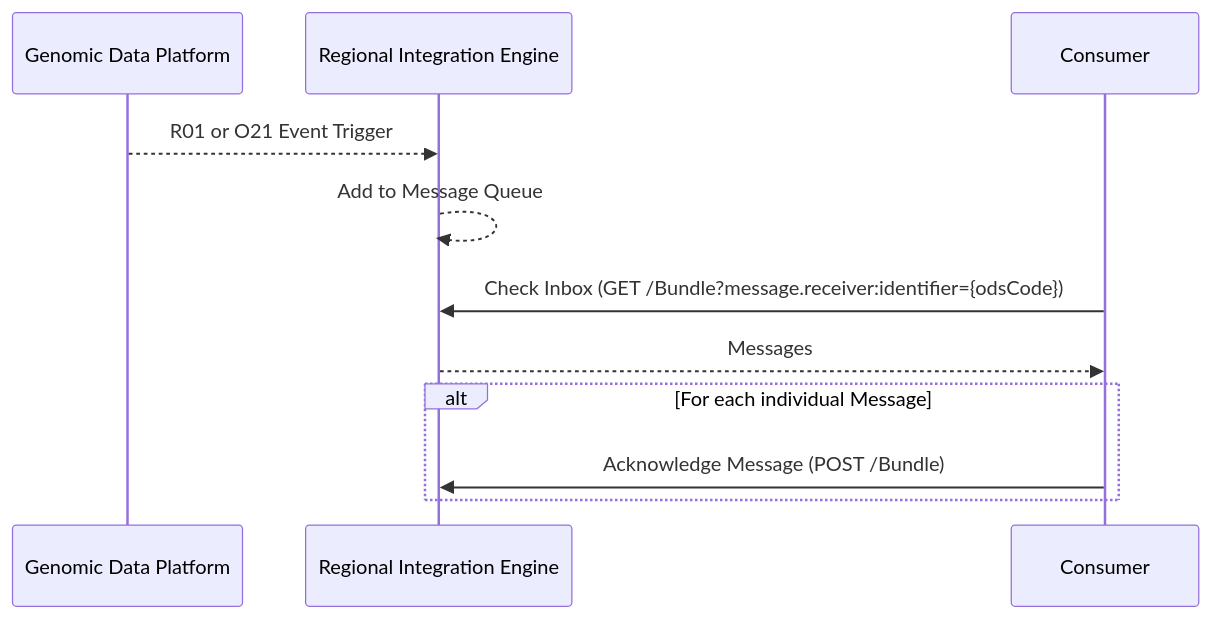
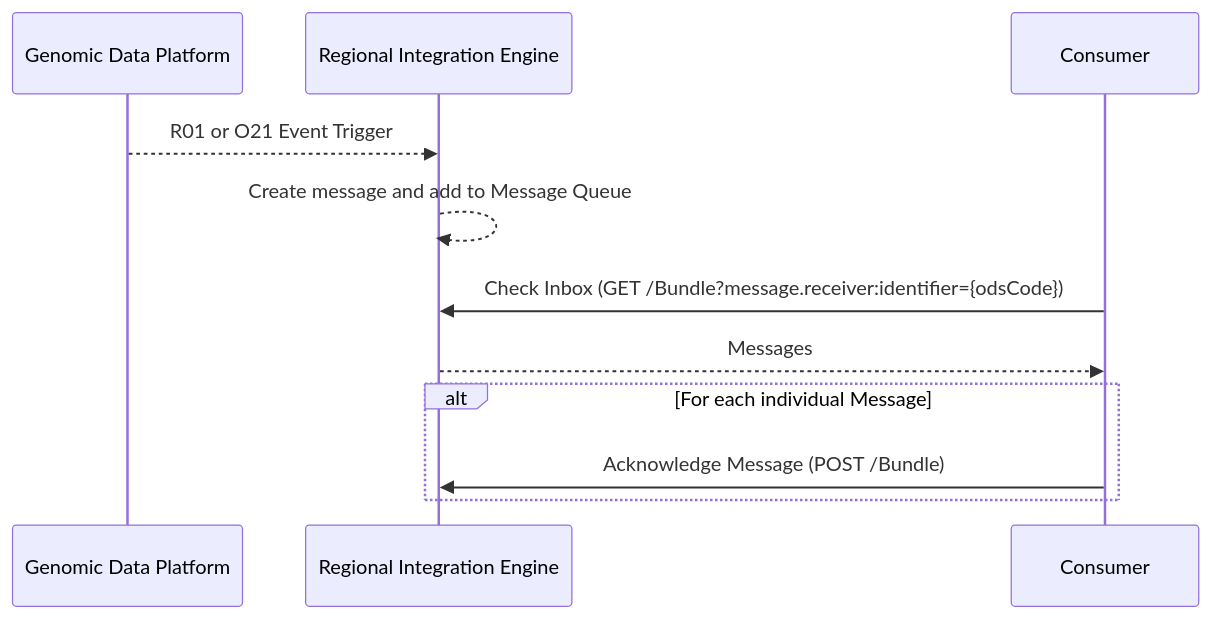
One commit to nw-gmsa/nw-gmsa.github.com changed the third of 3 diagrams in input/pagecontent/MQ.md. Above: the diagram before and after it, drawn with Mermaid. The commit also changed other lines of this file and 2 other files, not shown here.

````diff
--- a/input/pagecontent/MQ.md
+++ b/input/pagecontent/MQ.md
@@ -36,16 +69,16 @@
 ```mermaid
 sequenceDiagram
 
 participant gdp as Genomic Data Platform
 participant RIE as Regional Integration Engine
 participant consumer as Consumer
 
 
 gdp -->> RIE: R01 or O21 Event Trigger
-RIE -->> RIE: Add to Message Queue
+RIE -->> RIE: Create message and add to Message Queue
 consumer ->> RIE: Check Inbox (GET /Bundle?message.receiver:identifier={odsCode})
 RIE -->> consumer: Messages
 alt For each individual Message
     consumer ->> RIE: Acknowledge Message (POST /Bundle) 
 end
 ```
````
